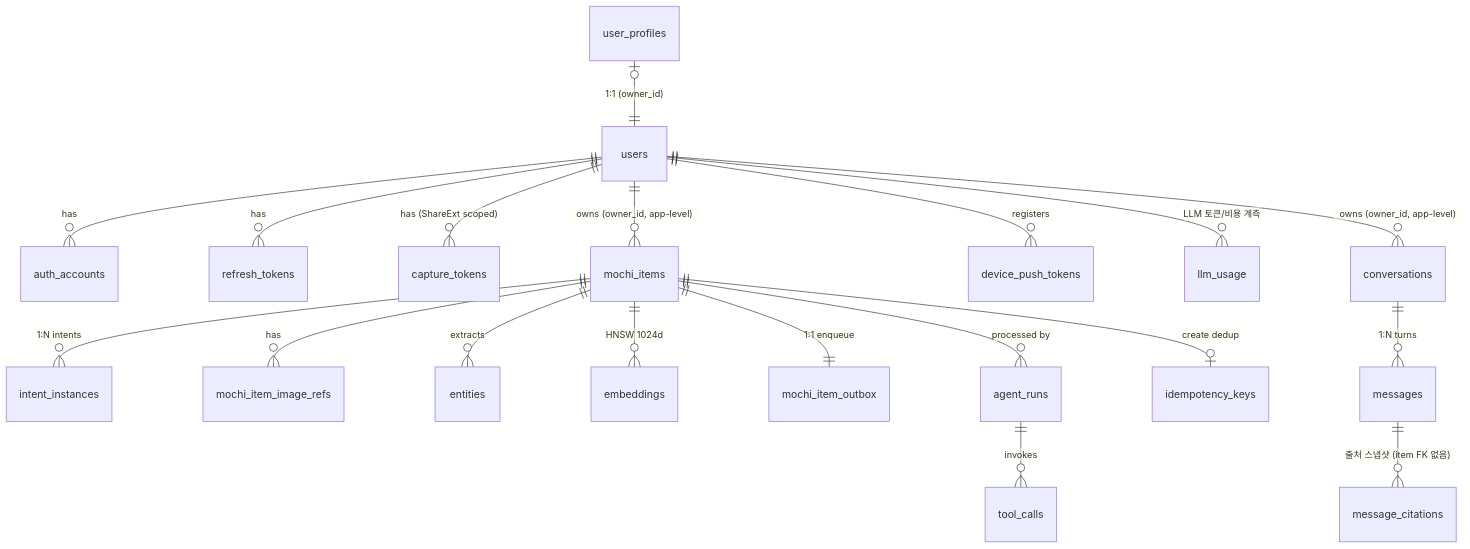
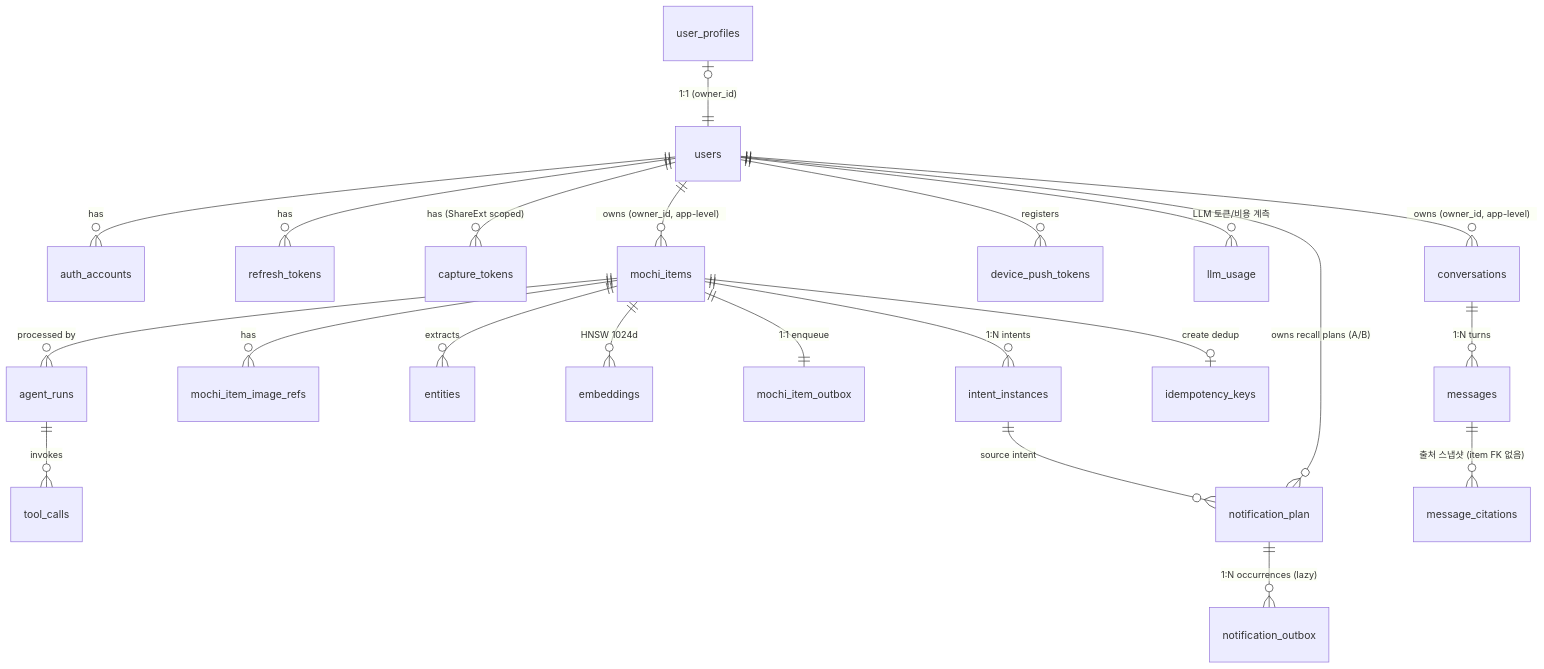
Before and after one commit to dku-mochi/mochi: the diagram in docs/DOMAIN_DESIGN.md, drawn with Mermaid. The commit also changed other lines of this file and 208 other files, not shown here.

````diff
--- a/docs/DOMAIN_DESIGN.md
+++ b/docs/DOMAIN_DESIGN.md
@@ -91,23 +91,27 @@
 ```mermaid
 erDiagram
     users ||--o{ auth_accounts : has
     users ||--o{ refresh_tokens : has
     users ||--o{ capture_tokens : "has (ShareExt scoped)"
     users ||--o{ mochi_items : "owns (owner_id, app-level)"
     users ||--o{ device_push_tokens : registers
     user_profiles |o--|| users : "1:1 (owner_id)"
 
     mochi_items ||--o{ intent_instances : "1:N intents"
     mochi_items ||--o{ mochi_item_image_refs : has
     mochi_items ||--o{ entities : extracts
     mochi_items ||--o{ embeddings : "HNSW 1024d"
     mochi_items ||--|| mochi_item_outbox : "1:1 enqueue"
     mochi_items ||--o{ agent_runs : "processed by"
     agent_runs  ||--o{ tool_calls : invokes
     mochi_items ||--o| idempotency_keys : "create dedup"
     users ||--o{ llm_usage : "LLM 토큰/비용 계측"
 
+    users ||--o{ notification_plan : "owns recall plans (A/B)"
+    intent_instances ||--o{ notification_plan : "source intent"
+    notification_plan ||--o{ notification_outbox : "1:N occurrences (lazy)"
+
     users ||--o{ conversations : "owns (owner_id, app-level)"
     conversations ||--o{ messages : "1:N turns"
     messages ||--o{ message_citations : "출처 스냅샷 (item FK 없음)"
 ```
````
